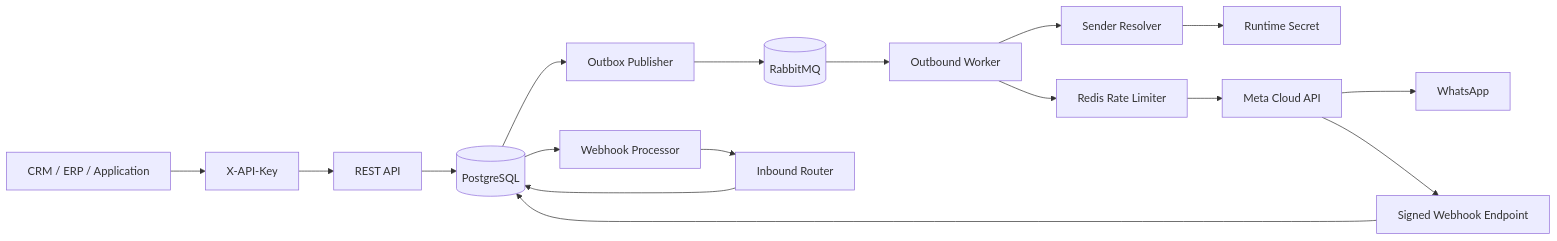
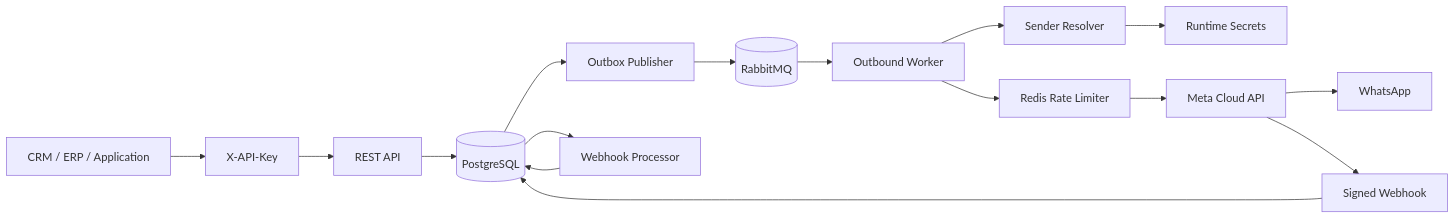
One commit to netctc/apiWhatsApp changed the diagram in README.md. Above: the diagram before and after it, drawn with Mermaid. The commit also changed other lines of this file, not shown here.

````diff
--- a/README.md
+++ b/README.md
@@ -37,19 +38,18 @@
 ```mermaid
 flowchart LR
     Client[CRM / ERP / Application] --> Auth[X-API-Key]
     Auth --> API[REST API]
     API --> DB[(PostgreSQL)]
     DB --> Outbox[Outbox Publisher]
     Outbox --> MQ[(RabbitMQ)]
     MQ --> Worker[Outbound Worker]
     Worker --> Sender[Sender Resolver]
-    Sender --> Secrets[Runtime Secret]
+    Sender --> Secrets[Runtime Secrets]
     Worker --> Rate[Redis Rate Limiter]
     Rate --> Meta[Meta Cloud API]
     Meta --> WA[WhatsApp]
-    Meta --> Webhook[Signed Webhook Endpoint]
+    Meta --> Webhook[Signed Webhook]
     Webhook --> DB
     DB --> Processor[Webhook Processor]
-    Processor --> Inbound[Inbound Router]
-    Inbound --> DB
+    Processor --> DB
 ```
````
